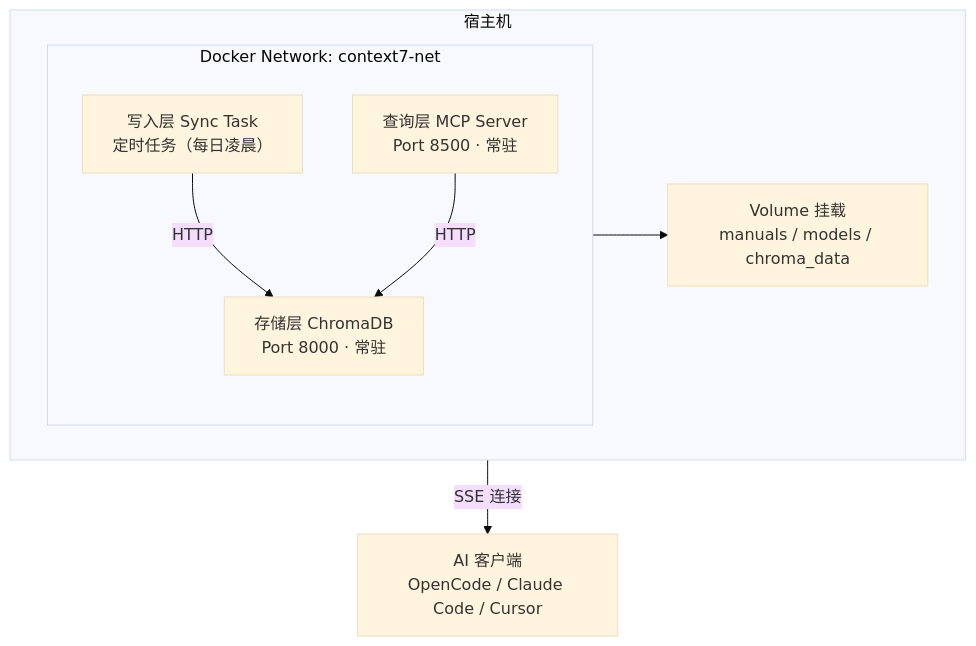
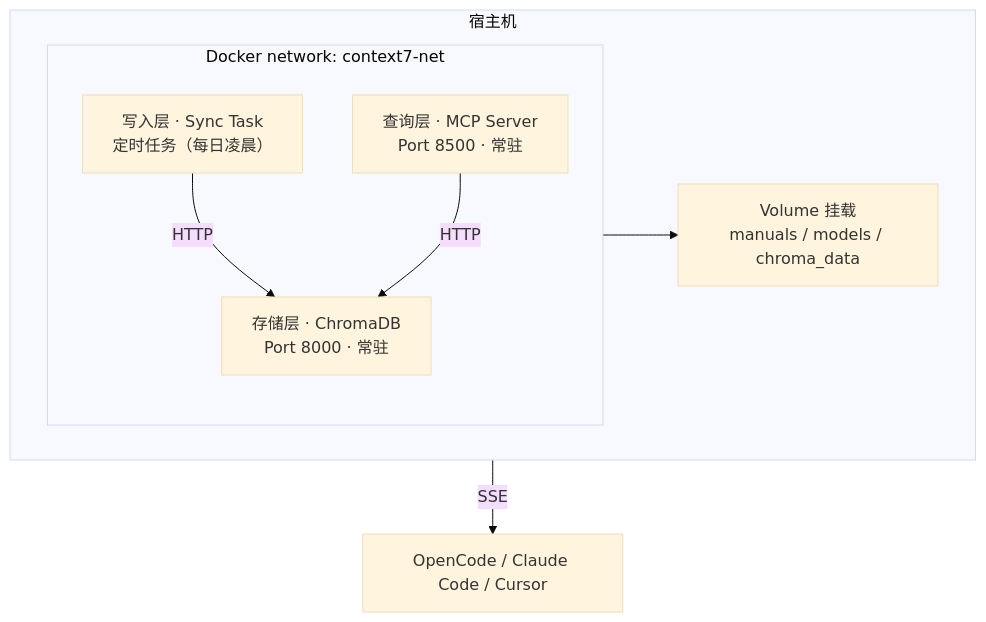
The second of 5 diagrams in 6. 银行研发智能助手技术说明书.md (wonglaitung/splan), drawn with Mermaid (base theme) before and after one commit. The commit also changed other lines of this file, not shown here.

````diff
--- a/6. 银行研发智能助手技术说明书.md
+++ b/6. 银行研发智能助手技术说明书.md
@@ -279,14 +130,14 @@
 ```mermaid
 flowchart TB
     subgraph HOST["宿主机"]
-        subgraph NET["Docker Network: context7-net"]
-            STORE["存储层 ChromaDB<br/>Port 8000 · 常驻"]
-            WRITE["写入层 Sync Task<br/>定时任务（每日凌晨）"]
-            QUERY["查询层 MCP Server<br/>Port 8500 · 常驻"]
+        subgraph NET["Docker network: context7-net"]
+            STORE["存储层 · ChromaDB<br/>Port 8000 · 常驻"]
+            WRITE["写入层 · Sync Task<br/>定时任务（每日凌晨）"]
+            QUERY["查询层 · MCP Server<br/>Port 8500 · 常驻"]
             WRITE -->|HTTP| STORE
             QUERY -->|HTTP| STORE
         end
         NET --> VOL["Volume 挂载<br/>manuals / models / chroma_data"]
     end
-    HOST -->|SSE 连接| CLIENTS["AI 客户端<br/>OpenCode / Claude Code / Cursor"]
+    HOST -->|SSE| CLIENTS["OpenCode / Claude Code / Cursor"]
 ```
````
